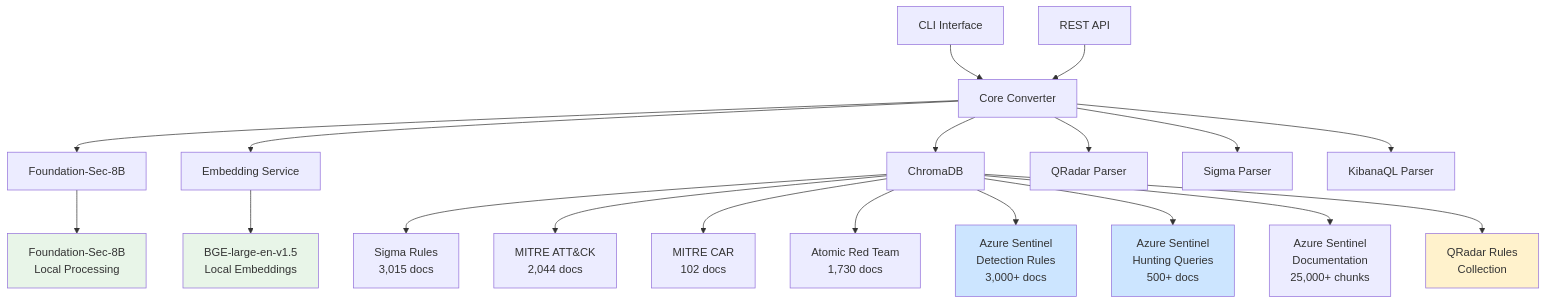
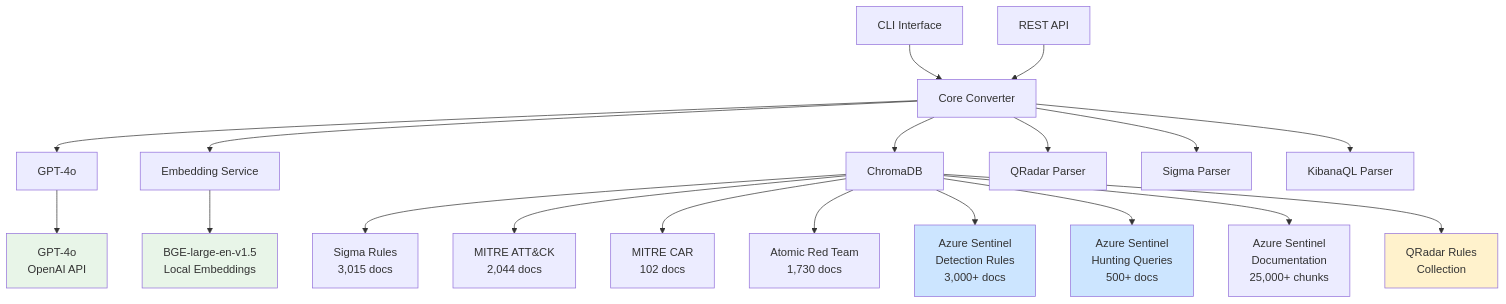
The diagram in README.md (dierhq/canonical), drawn with Mermaid before and after one commit. The commit also changed other lines of this file and 14 other files, not shown here.

````diff
--- a/README.md
+++ b/README.md
@@ -208,29 +207,29 @@
 ```mermaid
 graph TB
     A[CLI Interface] --> B[Core Converter]
     C[REST API] --> B
-    B --> D[Foundation-Sec-8B]
+    B --> D[GPT-4o]
     B --> E[Embedding Service]
     B --> F[ChromaDB]
     B --> N[QRadar Parser]
     B --> O[Sigma Parser]
     B --> KP[KibanaQL Parser]
     
     F --> G[Sigma Rules<br/>3,015 docs]
     F --> H[MITRE ATT&CK<br/>2,044 docs]
     F --> I[MITRE CAR<br/>102 docs]
     F --> J[Atomic Red Team<br/>1,730 docs]
     F --> P[Azure Sentinel<br/>Detection Rules<br/>3,000+ docs]
     F --> Q[Azure Sentinel<br/>Hunting Queries<br/>500+ docs]
     F --> S[Azure Sentinel<br/>Documentation<br/>25,000+ chunks]
     F --> R[QRadar Rules<br/>Collection]
     
-    D --> K[Foundation-Sec-8B<br/>Local Processing]
+    D --> K[GPT-4o<br/>OpenAI API]
     E --> L[BGE-large-en-v1.5<br/>Local Embeddings]
     
     style K fill:#e8f5e8
     style L fill:#e8f5e8
     style P fill:#cce5ff
     style Q fill:#cce5ff
     style R fill:#fff2cc
 ```
````
